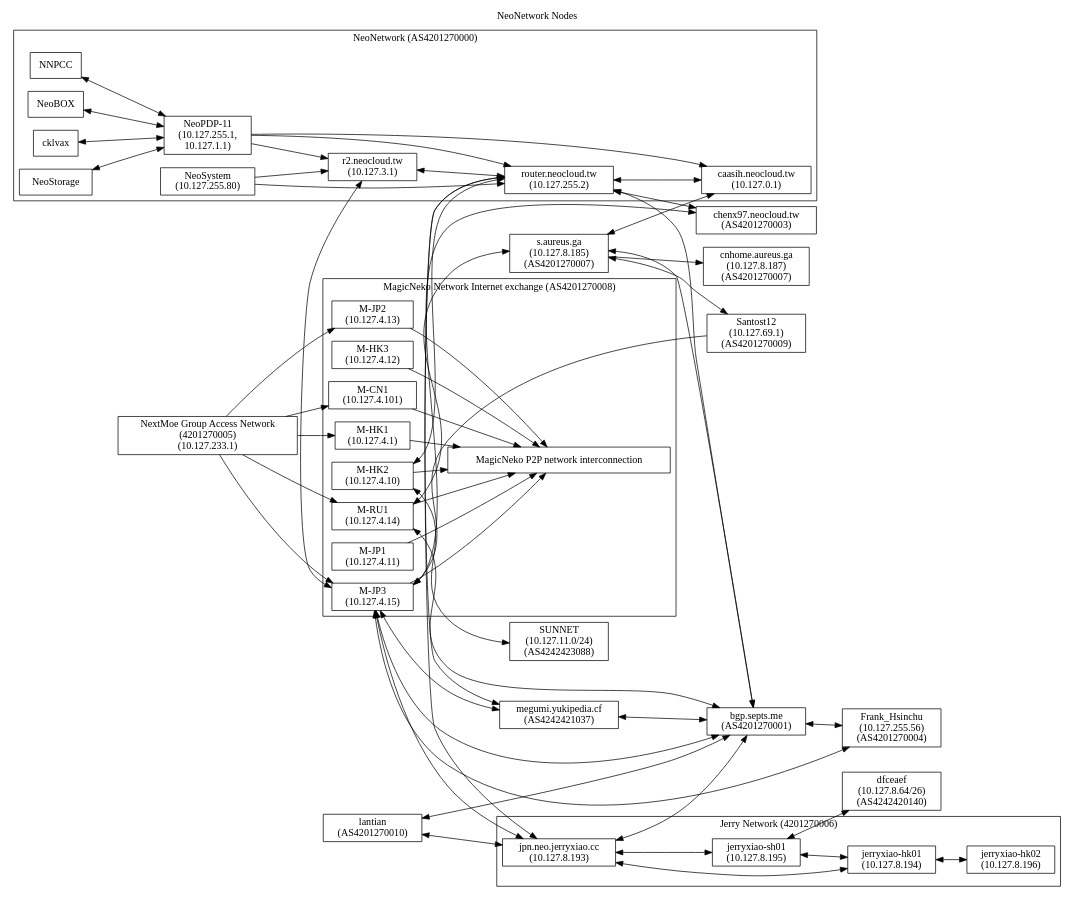
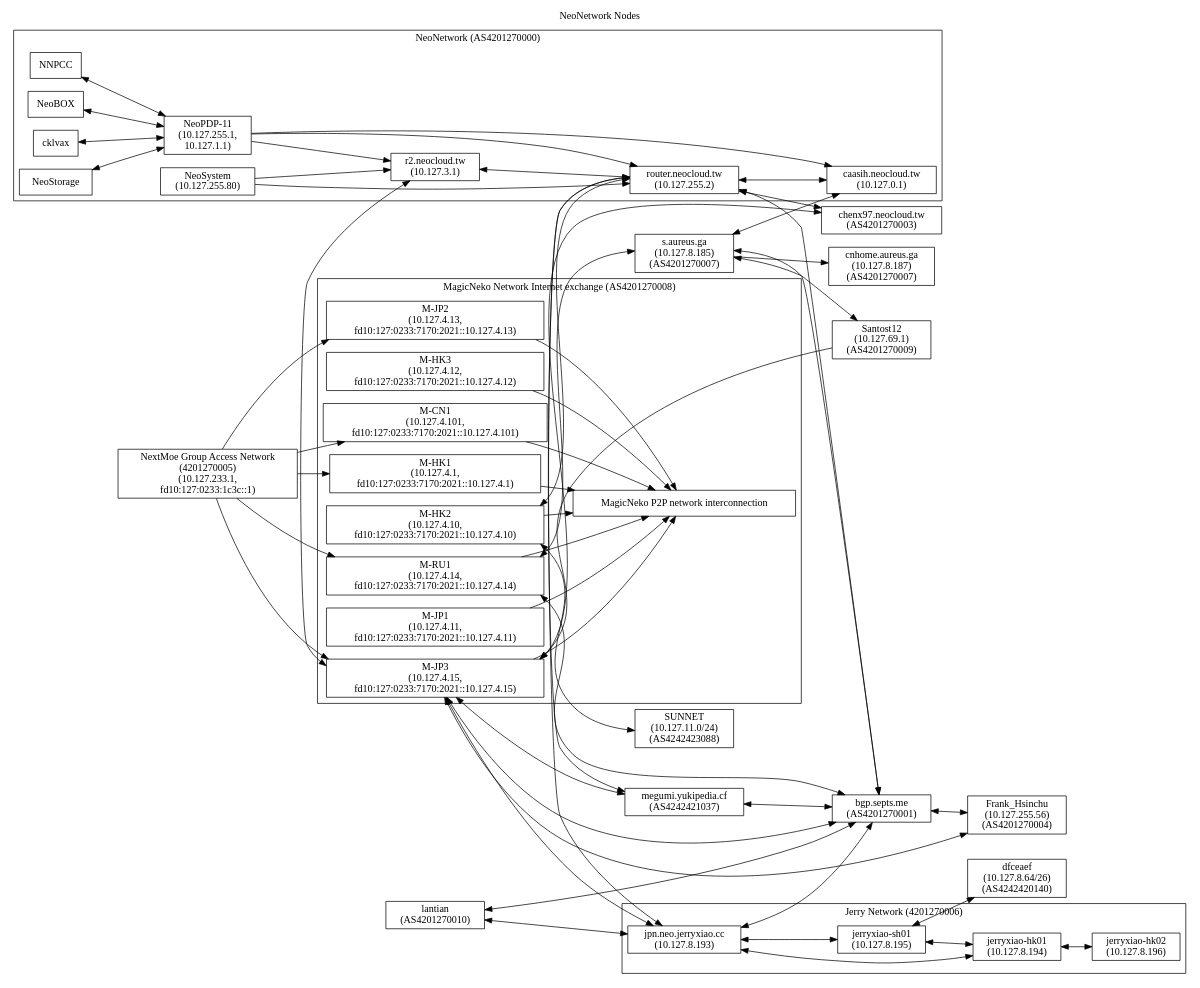
Before and after one commit to NeoCloud/NeoNetwork: the diagram in nodes.dot, drawn with Graphviz. The commit also changed 4 other files, not shown here.

```diff
--- a/nodes.dot
+++ b/nodes.dot
@@ -1,109 +1,109 @@
 digraph "NeoNetwork Nodes"
 {
 	label="NeoNetwork Nodes";
 	labelloc="t";
 	rankdir=LR;
 	node [shape=box]
 	c [label="caasih.neocloud.tw\n(10.127.0.1)"]
 	ucbvax [label="router.neocloud.tw\n(10.127.255.2)"]
 	np11 [label="NeoPDP-11\n(10.127.255.1,\n10.127.1.1)"]
 	ns [label="NeoSystem\n(10.127.255.80)"]
 	megumiLHS [label="megumi.yukipedia.cf\n(AS4242421037)"]
 	pan [label="r2.neocloud.tw\n(10.127.3.1)"]
 	icecat_Explosion [label="MagicNeko P2P network interconnection"]
-	icecat_Notebook [label="NextMoe Group Access Network\n(4201270005)\n(10.127.233.1)"]
-	magicneko_HK01 [label="M-HK1\n(10.127.4.1)"]
-	magicneko_HK02 [label="M-HK2\n(10.127.4.10)"]
-	magicneko_JP01 [label="M-JP1\n(10.127.4.11)"]
-	magicneko_HK03 [label="M-HK3\n(10.127.4.12)"]
-	magicneko_JP02 [label="M-JP2\n(10.127.4.13)"]
-	magicneko_RU01 [label="M-RU1\n(10.127.4.14)"]
-	magicneko_JP03 [label="M-JP3\n(10.127.4.15)"]
-	magicneko_CN01 [label="M-CN1\n(10.127.4.101)"]
+	icecat_Notebook [label="NextMoe Group Access Network\n(4201270005)\n(10.127.233.1,\nfd10:127:0233:1c3c::1)"]
+	magicneko_HK01 [label="M-HK1\n(10.127.4.1,\nfd10:127:0233:7170:2021::10.127.4.1)"]
+	magicneko_HK02 [label="M-HK2\n(10.127.4.10,\nfd10:127:0233:7170:2021::10.127.4.10)"]
+	magicneko_JP01 [label="M-JP1\n(10.127.4.11,\nfd10:127:0233:7170:2021::10.127.4.11)"]
+	magicneko_HK03 [label="M-HK3\n(10.127.4.12,\nfd10:127:0233:7170:2021::10.127.4.12)"]
+	magicneko_JP02 [label="M-JP2\n(10.127.4.13,\nfd10:127:0233:7170:2021::10.127.4.13)"]
+	magicneko_RU01 [label="M-RU1\n(10.127.4.14,\nfd10:127:0233:7170:2021::10.127.4.14)"]
+	magicneko_JP03 [label="M-JP3\n(10.127.4.15,\nfd10:127:0233:7170:2021::10.127.4.15)"]
+	magicneko_CN01 [label="M-CN1\n(10.127.4.101,\nfd10:127:0233:7170:2021::10.127.4.101)"]
 	staph [label="s.aureus.ga\n(10.127.8.185)\n(AS4201270007)"]
 	staph_CN [label="cnhome.aureus.ga\n(10.127.8.187)\n(AS4201270007)"]
 	chenx97 [label="chenx97.neocloud.tw\n(AS4201270003)"]
 	JerryXiao [label="jpn.neo.jerryxiao.cc\n(10.127.8.193)"]
 	JerryXiao_SH01 [label="jerryxiao-sh01\n(10.127.8.195)"]
 	JerryXiao_HK01 [label="jerryxiao-hk01\n(10.127.8.194)"]
 	JerryXiao_HK02 [label="jerryxiao-hk02\n(10.127.8.196)"]
 	septs [label="bgp.septs.me\n(AS4201270001)"]
 	lantian [label="lantian\n(AS4201270010)"]
 	dfceaef [label="dfceaef\n(10.127.8.64/26)\n(AS4242420140)"]
 	SUNNET [label="SUNNET\n(10.127.11.0/24)\n(AS4242423088)"]
 	santost12 [label="Santost12\n(10.127.69.1)\n(AS4201270009)"]
 	frank_hsinchu [label="Frank_Hsinchu\n(10.127.255.56)\n(AS4201270004)"]
 
 	subgraph cluster_AS4201270000
 	{
 		label = "NeoNetwork (AS4201270000)";
 
 		NNPCC -> np11 [dir=both]
 		NeoBOX -> np11 [dir=both]
 		cklvax -> np11 [dir=both]
 		NeoStorage -> np11 [dir=both]
 		np11 -> ucbvax
 		np11 -> pan
 		np11 -> c
 		ucbvax -> c [dir=both]
 		ns -> ucbvax
 		ns -> pan
 		pan -> ucbvax [dir=both]
 	}
 
 	megumiLHS -> ucbvax [dir=both]
 	magicneko_HK02 -> ucbvax [dir=both]
 	c -> staph [dir=both]
 	staph -> staph_CN
 	ucbvax -> chenx97 [dir=both]
 
 	subgraph cluster_4201270008
 	{
 		label="MagicNeko Network Internet exchange (AS4201270008)";
 
 		magicneko_HK01 -> icecat_Explosion
 		magicneko_HK02 -> icecat_Explosion
 		magicneko_JP01 -> icecat_Explosion
 		magicneko_HK03 -> icecat_Explosion
 		magicneko_JP02 -> icecat_Explosion
 		magicneko_RU01 -> icecat_Explosion
 		magicneko_JP03 -> icecat_Explosion
 		magicneko_CN01 -> icecat_Explosion
 	}
 
 	subgraph cluster_4201270006
 	{
 		label="Jerry Network (4201270006)";
 
 		JerryXiao -> JerryXiao_SH01 [dir=both]
 		JerryXiao -> JerryXiao_HK01 [dir=both]
 		JerryXiao_SH01 -> JerryXiao_HK01 [dir=both]
 		JerryXiao_HK01 -> JerryXiao_HK02 [dir=both]
 	}
 
 	JerryXiao -> ucbvax [dir=both]
 	JerryXiao -> septs [dir=both]
 	JerryXiao_SH01 -> dfceaef [dir=both]
 	magicneko_JP03 -> JerryXiao [dir=both]
 	lantian -> septs [dir=both]
 	lantian -> JerryXiao [dir=both]
 	magicneko_JP03 -> septs [dir=both]
 	staph -> septs [dir=both]
 	ucbvax -> septs [dir=both]
 	magicneko_JP03 -> chenx97 [dir=both]
 	magicneko_RU01 -> staph [dir=both]
 	megumiLHS -> septs [dir=both]
 	magicneko_HK02 -> SUNNET [dir=both]
 	staph -> santost12 [dir=both]
 	magicneko_RU01 -> septs [dir=both]
 	magicneko_JP03 -> megumiLHS [dir=both]
 	magicneko_JP03 -> frank_hsinchu [dir=both]
 	septs	->	frank_hsinchu	[dir=both]
 	icecat_Notebook -> magicneko_HK01
 	icecat_Notebook -> magicneko_JP03
 	icecat_Notebook -> magicneko_RU01
 	icecat_Notebook -> magicneko_CN01
 	icecat_Notebook -> magicneko_JP02
 	santost12	-> magicneko_JP03
 	pan -> magicneko_JP03 [dir=both]
 }
```
